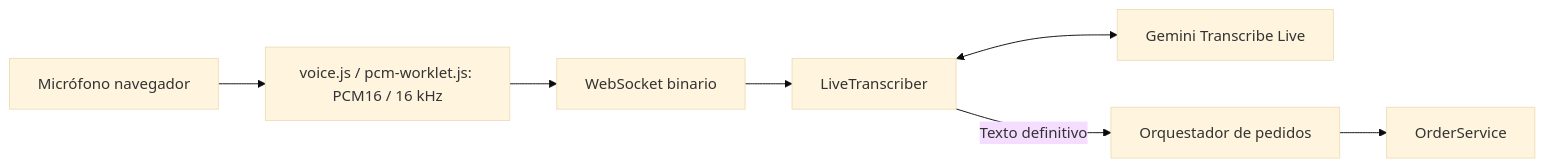
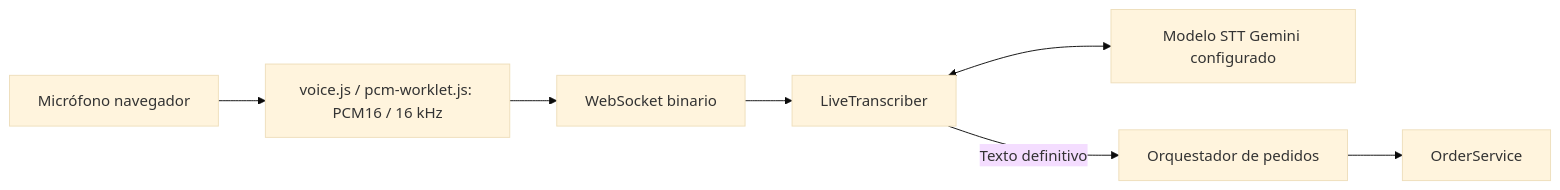
The second of 3 diagrams in docs/arquitectura.md (gsierra1/self_order), drawn with Mermaid (base theme) before and after one commit. The commit also changed other lines of this file and 5 other files, not shown here.

````diff
--- a/docs/arquitectura.md
+++ b/docs/arquitectura.md
@@ -214,9 +218,9 @@
 ```mermaid
 flowchart LR
     MIC[Micrófono navegador] --> PCM[voice.js / pcm-worklet.js: PCM16 / 16 kHz]
     PCM --> WS[WebSocket binario]
     WS --> T[LiveTranscriber]
-    T <--> LIVE[Gemini Transcribe Live]
+    T <--> LIVE[Modelo STT Gemini configurado]
     T -->|Texto definitivo| O[Orquestador de pedidos]
     O --> S[OrderService]
 ```
````
